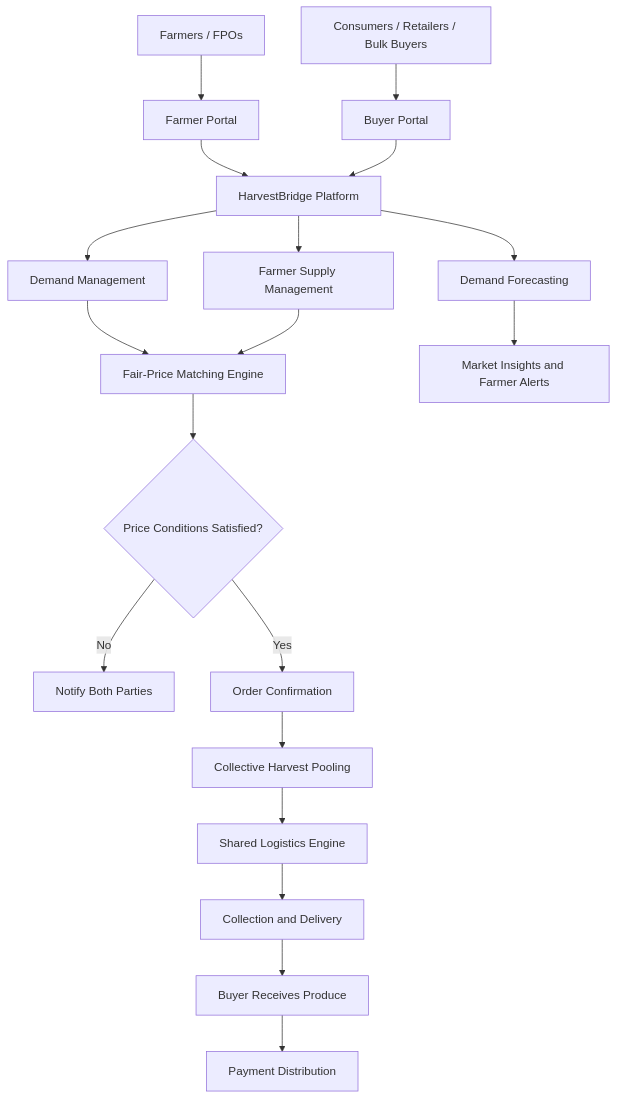
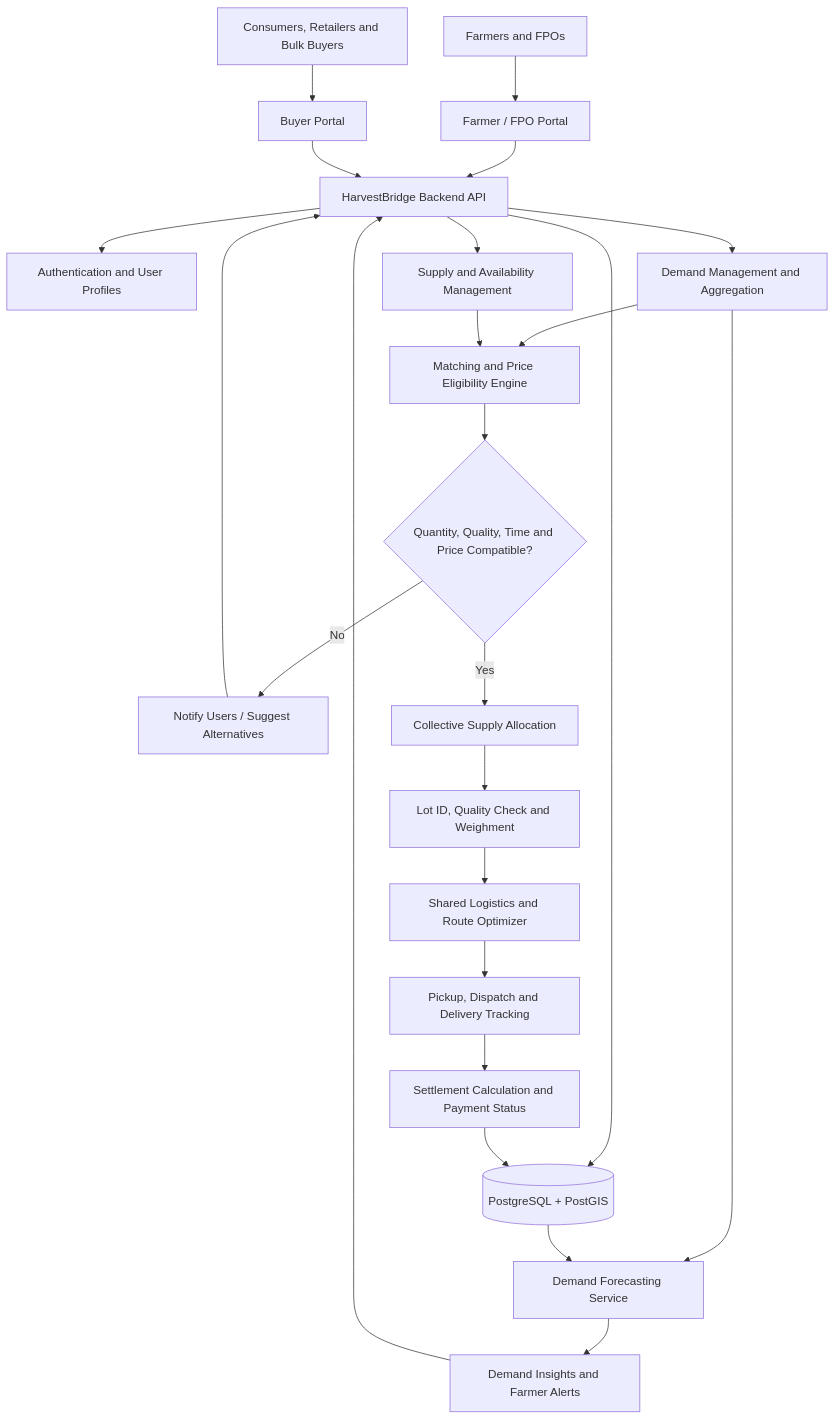
Before and after one commit to VijayVarshan2008/SIH-26033: the diagram in README.md, drawn with Mermaid. The commit also changed other lines of this file, not shown here.

````diff
--- a/README.md
+++ b/README.md
@@ -127,36 +140,33 @@
 ```mermaid
 flowchart TD
+    F[Farmers and FPOs] --> FP[Farmer / FPO Portal]
+    B[Consumers, Retailers and Bulk Buyers] --> BP[Buyer Portal]
 
-    A["Farmers / FPOs"] --> B["Farmer Portal"]
+    FP --> API[HarvestBridge Backend API]
+    BP --> API
 
-    C["Consumers / Retailers / Bulk Buyers"] --> D["Buyer Portal"]
+    API --> AUTH[Authentication and User Profiles]
+    API --> DEM[Demand Management and Aggregation]
+    API --> SUP[Supply and Availability Management]
 
-    B --> E["HarvestBridge Platform"]
-    D --> E
+    DEM --> MATCH[Matching and Price Eligibility Engine]
+    SUP --> MATCH
+    MATCH --> DEC{Quantity, Quality, Time and Price Compatible?}
 
-    E --> F["Demand Management"]
-    E --> G["Farmer Supply Management"]
+    DEC -->|No| ALERT[Notify Users / Suggest Alternatives]
+    DEC -->|Yes| POOL[Collective Supply Allocation]
 
-    F --> H["Fair-Price Matching Engine"]
-    G --> H
+    POOL --> LOT[Lot ID, Quality Check and Weighment]
+    LOT --> LOG[Shared Logistics and Route Optimizer]
+    LOG --> DEL[Pickup, Dispatch and Delivery Tracking]
+    DEL --> PAY[Settlement Calculation and Payment Status]
 
-    H --> I{"Price Conditions Satisfied?"}
+    API --> DB[(PostgreSQL + PostGIS)]
+    DEM --> FORE[Demand Forecasting Service]
+    DB --> FORE
+    FORE --> INS[Demand Insights and Farmer Alerts]
+    INS --> API
 
-    I -->|"No"| J["Notify Both Parties"]
-
-    I -->|"Yes"| K["Order Confirmation"]
-
-    K --> L["Collective Harvest Pooling"]
-
-    L --> M["Shared Logistics Engine"]
-
-    M --> N["Collection and Delivery"]
-
-    N --> O["Buyer Receives Produce"]
-
-    O --> P["Payment Distribution"]
-
-    E --> Q["Demand Forecasting"]
-
-    Q --> R["Market Insights and Farmer Alerts"]
+    PAY --> DB
+    ALERT --> API
 ```
````
